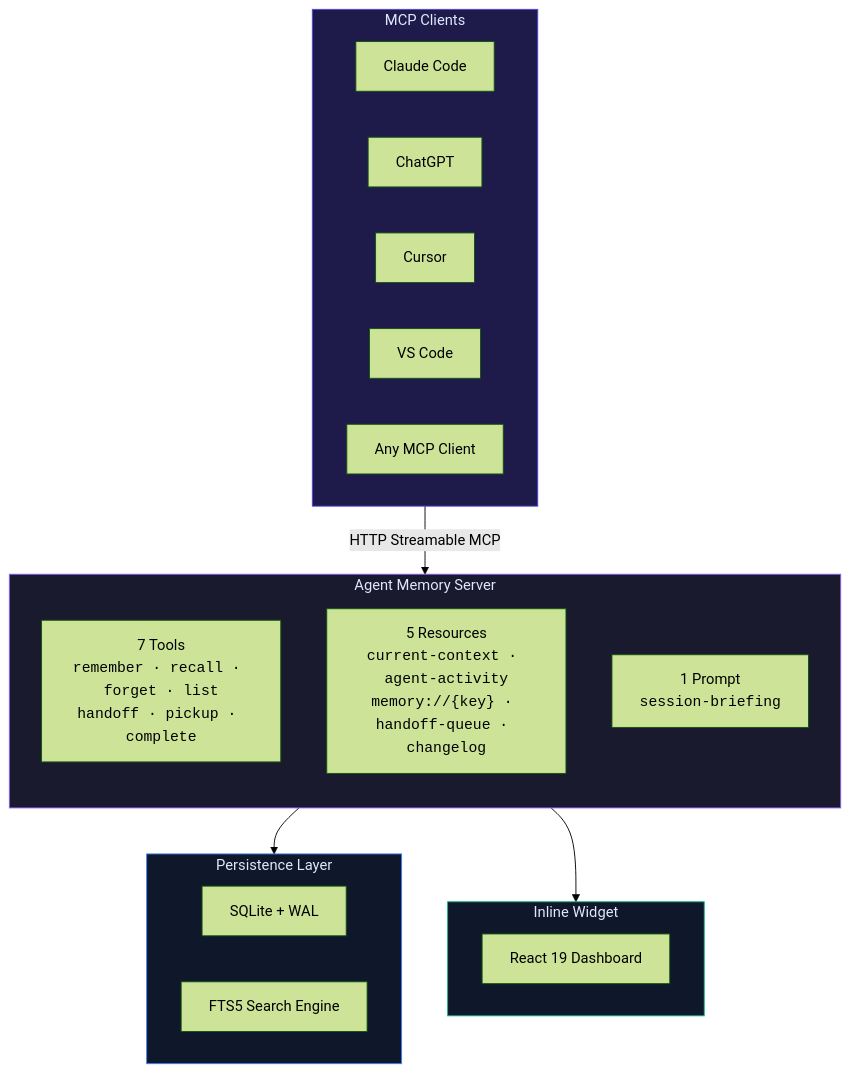
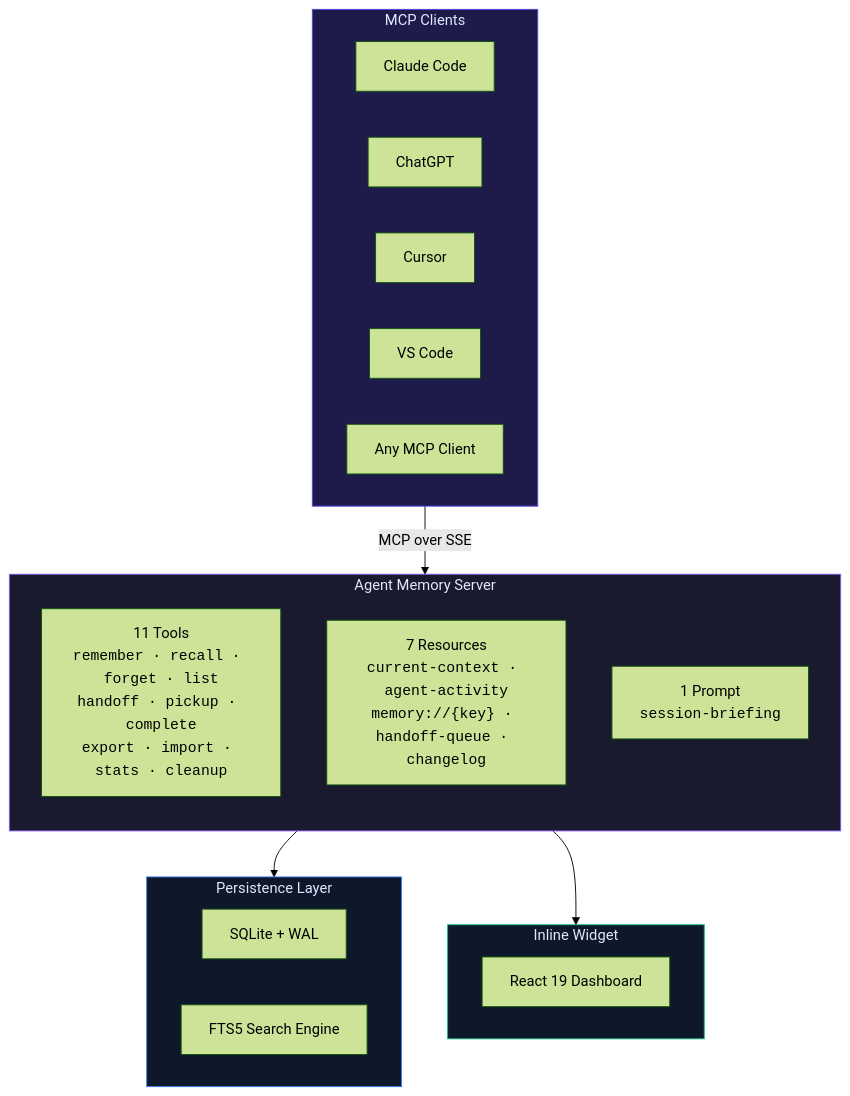
The first of 3 diagrams in README.md (nihalnihalani/agent-memory), drawn with Mermaid (forest theme) before and after one commit. The commit also changed other lines of this file, not shown here.

First line of the commit message:
Update README: reflect 11 tools, modular architecture, security, testing

````diff
--- a/README.md
+++ b/README.md
@@ -179,35 +208,35 @@
 ```mermaid
 graph TB
     subgraph Clients["MCP Clients"]
         Claude["Claude Code"]
         ChatGPT["ChatGPT"]
         Cursor["Cursor"]
         VSCode["VS Code"]
         Others["Any MCP Client"]
     end
 
     subgraph Server["Agent Memory Server"]
         direction TB
-        Tools["7 Tools<br/><code>remember · recall · forget · list</code><br/><code>handoff · pickup · complete</code>"]
-        Resources["5 Resources<br/><code>current-context · agent-activity</code><br/><code>memory://{key} · handoff-queue · changelog</code>"]
+        Tools["11 Tools<br/><code>remember · recall · forget · list</code><br/><code>handoff · pickup · complete</code><br/><code>export · import · stats · cleanup</code>"]
+        Resources["7 Resources<br/><code>current-context · agent-activity</code><br/><code>memory://{key} · handoff-queue · changelog</code>"]
         Prompt["1 Prompt<br/><code>session-briefing</code>"]
     end
 
     subgraph Storage["Persistence Layer"]
         SQLite["SQLite + WAL"]
         FTS5["FTS5 Search Engine"]
     end
 
     subgraph Widget["Inline Widget"]
         React["React 19 Dashboard"]
     end
 
-    Clients -->|"HTTP Streamable MCP"| Server
+    Clients -->|"MCP over SSE"| Server
     Server --> Storage
     Server --> Widget
 
     style Clients fill:#1e1b4b,stroke:#4f46e5,color:#e0e7ff
     style Server fill:#1a1a2e,stroke:#8b5cf6,color:#e0e7ff
     style Storage fill:#0f172a,stroke:#3b82f6,color:#e0e7ff
     style Widget fill:#0f172a,stroke:#10b981,color:#e0e7ff
 ```
````
